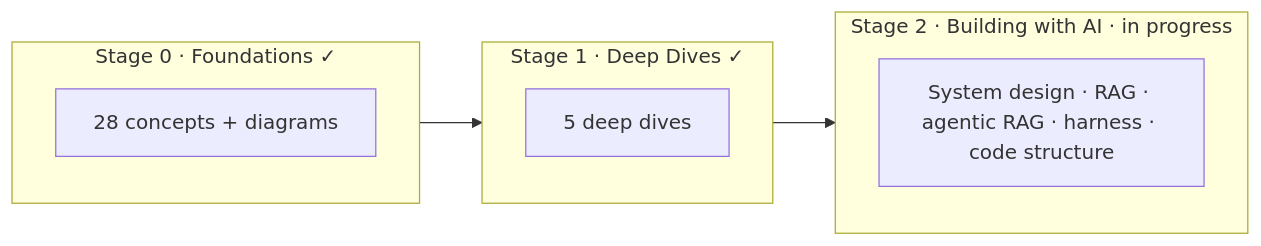
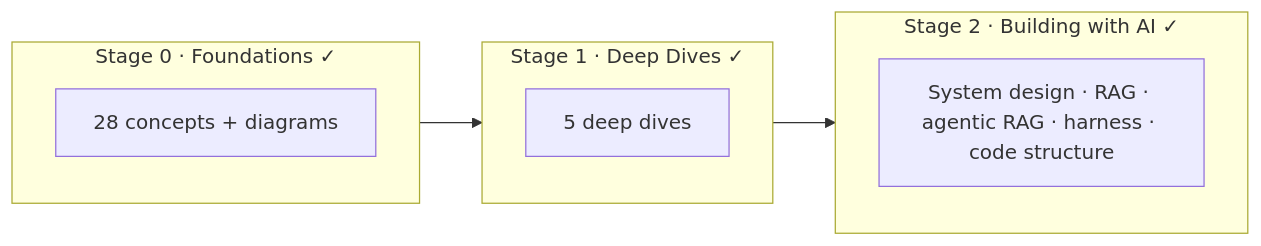
Before and after one commit to namphuongtran/ai-vault: the diagram in content/en/_index.md, drawn with Mermaid. The commit also changed 5 other files, not shown here.

````diff
--- a/content/en/_index.md
+++ b/content/en/_index.md
@@ -24,13 +24,13 @@
 ```mermaid
 flowchart LR
     subgraph S0["Stage 0 · Foundations ✓"]
       A0[28 concepts + diagrams]
     end
     subgraph S1["Stage 1 · Deep Dives ✓"]
       A1[5 deep dives]
     end
-    subgraph S2["Stage 2 · Building with AI · in progress"]
+    subgraph S2["Stage 2 · Building with AI ✓"]
       A2[System design · RAG · agentic RAG · harness · code structure]
     end
     S0 --> S1 --> S2
 ```
````
